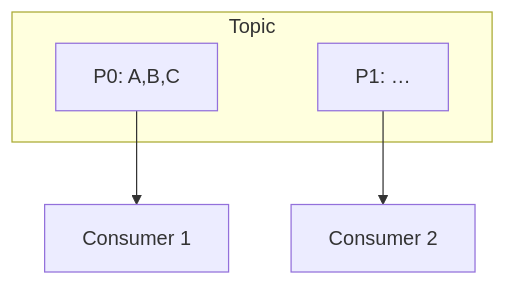
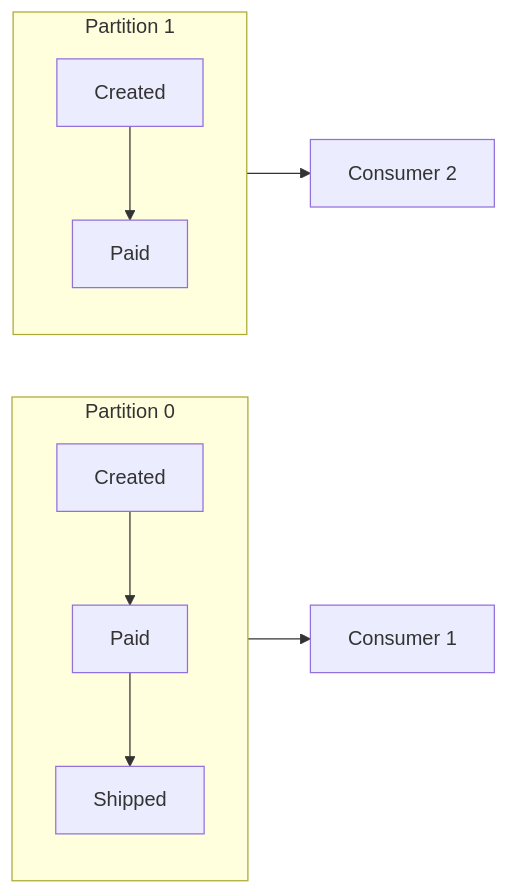
Diagram 11 of 24 in 06-messaging-and-events/README.md (hareramcse/SystemDesign), drawn with Mermaid before and after one commit. The commit also changed other lines of this file and 14 other files, not shown here.

````diff
--- a/06-messaging-and-events/README.md
+++ b/06-messaging-and-events/README.md
@@ -2488,9 +1268,11 @@
 ```mermaid
-flowchart TB
-    subgraph Topic
-        P0[P0: A,B,C]
-        P1[P1: …]
+flowchart LR
+    subgraph P0["Partition 0"]
+        A[Created] --> B[Paid] --> C[Shipped]
+    end
+    subgraph P1["Partition 1"]
+        D[Created] --> E[Paid]
     end
     P0 --> C1[Consumer 1]
     P1 --> C2[Consumer 2]
 ```
````
